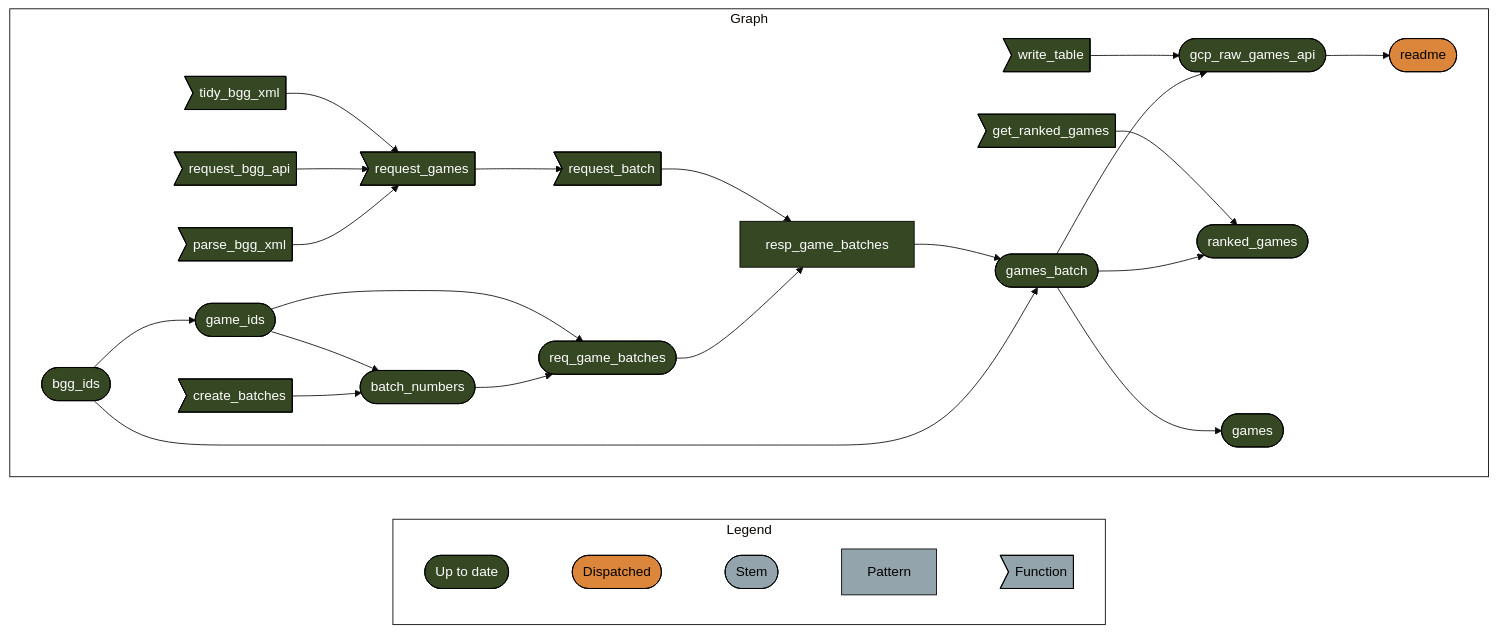
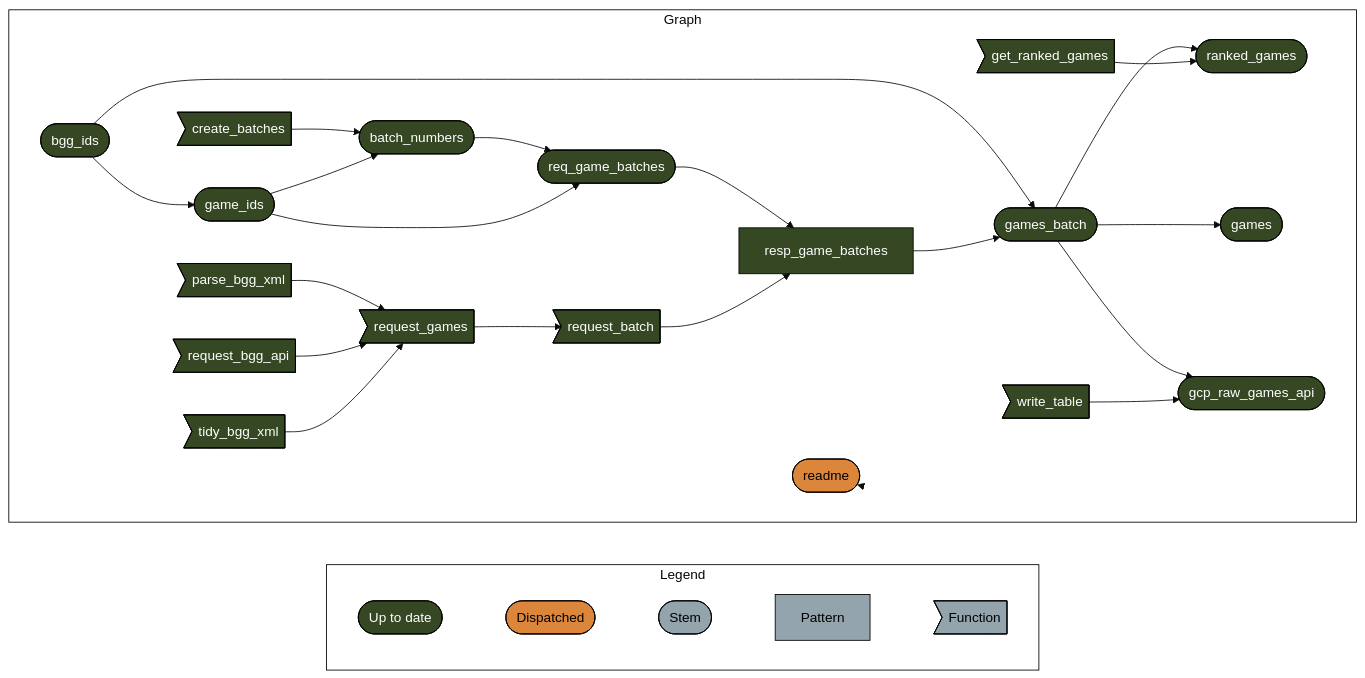
The diagram in README.md (phenrickson/bgg_data), drawn with Mermaid (base theme) before and after one commit. The commit also changed other lines of this file and 2 other files, not shown here.

Commit message:
reduced batch size to 100

````diff
--- a/README.md
+++ b/README.md
@@ -19,41 +19,42 @@
 ``` mermaid
 graph LR
   style Legend fill:#FFFFFF00,stroke:#000000;
   style Graph fill:#FFFFFF00,stroke:#000000;
   subgraph Legend
     direction LR
     xf1522833a4d242c5([""Up to date""]):::uptodate --- xb6630624a7b3aa0f([""Dispatched""]):::dispatched
     xb6630624a7b3aa0f([""Dispatched""]):::dispatched --- xd03d7c7dd2ddda2b([""Stem""]):::none
     xd03d7c7dd2ddda2b([""Stem""]):::none --- x6f7e04ea3427f824[""Pattern""]:::none
     x6f7e04ea3427f824[""Pattern""]:::none --- xeb2d7cac8a1ce544>""Function""]:::none
   end
   subgraph Graph
     direction LR
     xf9107f40574e0688>"parse_bgg_xml"]:::uptodate --> xb7d8ed75429dd2d3>"request_games"]:::uptodate
     xfa47bc4f9b7ff9d4>"request_bgg_api"]:::uptodate --> xb7d8ed75429dd2d3>"request_games"]:::uptodate
     x7df7644c63b276a4>"tidy_bgg_xml"]:::uptodate --> xb7d8ed75429dd2d3>"request_games"]:::uptodate
     xb7d8ed75429dd2d3>"request_games"]:::uptodate --> x2fa7a9263b0c6d5b>"request_batch"]:::uptodate
-    xfee87d03ded1f217(["gcp_raw_games_api"]):::uptodate --> xc11069275cfeb620(["readme"]):::dispatched
+    xba75b35d0a8e6e78(["batch_numbers"]):::uptodate --> x3b8eb25aed2fb160(["req_game_batches"]):::uptodate
+    x2d4f1c2653f94fa0(["game_ids"]):::uptodate --> x3b8eb25aed2fb160(["req_game_batches"]):::uptodate
     x9dece1c65ecb5028(["games_batch"]):::uptodate --> xbfb25272bc64f3d1(["ranked_games"]):::uptodate
     x2cf794a60330f53b>"get_ranked_games"]:::uptodate --> xbfb25272bc64f3d1(["ranked_games"]):::uptodate
+    x9dece1c65ecb5028(["games_batch"]):::uptodate --> x574e5c623f867900(["games"]):::uptodate
+    xac4cca784f3ed72c(["bgg_ids"]):::uptodate --> x2d4f1c2653f94fa0(["game_ids"]):::uptodate
     x7dbf8de746cff5f0>"create_batches"]:::uptodate --> xba75b35d0a8e6e78(["batch_numbers"]):::uptodate
     x2d4f1c2653f94fa0(["game_ids"]):::uptodate --> xba75b35d0a8e6e78(["batch_numbers"]):::uptodate
     xac4cca784f3ed72c(["bgg_ids"]):::uptodate --> x9dece1c65ecb5028(["games_batch"]):::uptodate
     x52391527f3798836["resp_game_batches"]:::uptodate --> x9dece1c65ecb5028(["games_batch"]):::uptodate
-    x9dece1c65ecb5028(["games_batch"]):::uptodate --> x574e5c623f867900(["games"]):::uptodate
     x3b8eb25aed2fb160(["req_game_batches"]):::uptodate --> x52391527f3798836["resp_game_batches"]:::uptodate
     x2fa7a9263b0c6d5b>"request_batch"]:::uptodate --> x52391527f3798836["resp_game_batches"]:::uptodate
-    xba75b35d0a8e6e78(["batch_numbers"]):::uptodate --> x3b8eb25aed2fb160(["req_game_batches"]):::uptodate
-    x2d4f1c2653f94fa0(["game_ids"]):::uptodate --> x3b8eb25aed2fb160(["req_game_batches"]):::uptodate
-    xac4cca784f3ed72c(["bgg_ids"]):::uptodate --> x2d4f1c2653f94fa0(["game_ids"]):::uptodate
     x9dece1c65ecb5028(["games_batch"]):::uptodate --> xfee87d03ded1f217(["gcp_raw_games_api"]):::uptodate
     x82de3cade2b2f46e>"write_table"]:::uptodate --> xfee87d03ded1f217(["gcp_raw_games_api"]):::uptodate
+    xc11069275cfeb620(["readme"]):::dispatched --> xc11069275cfeb620(["readme"]):::dispatched
   end
   classDef uptodate stroke:#000000,color:#ffffff,fill:#354823;
   classDef dispatched stroke:#000000,color:#000000,fill:#DC863B;
   classDef none stroke:#000000,color:#000000,fill:#94a4ac;
   linkStyle 0 stroke-width:0px;
   linkStyle 1 stroke-width:0px;
   linkStyle 2 stroke-width:0px;
   linkStyle 3 stroke-width:0px;
+  linkStyle 22 stroke-width:0px;
 ```
````
